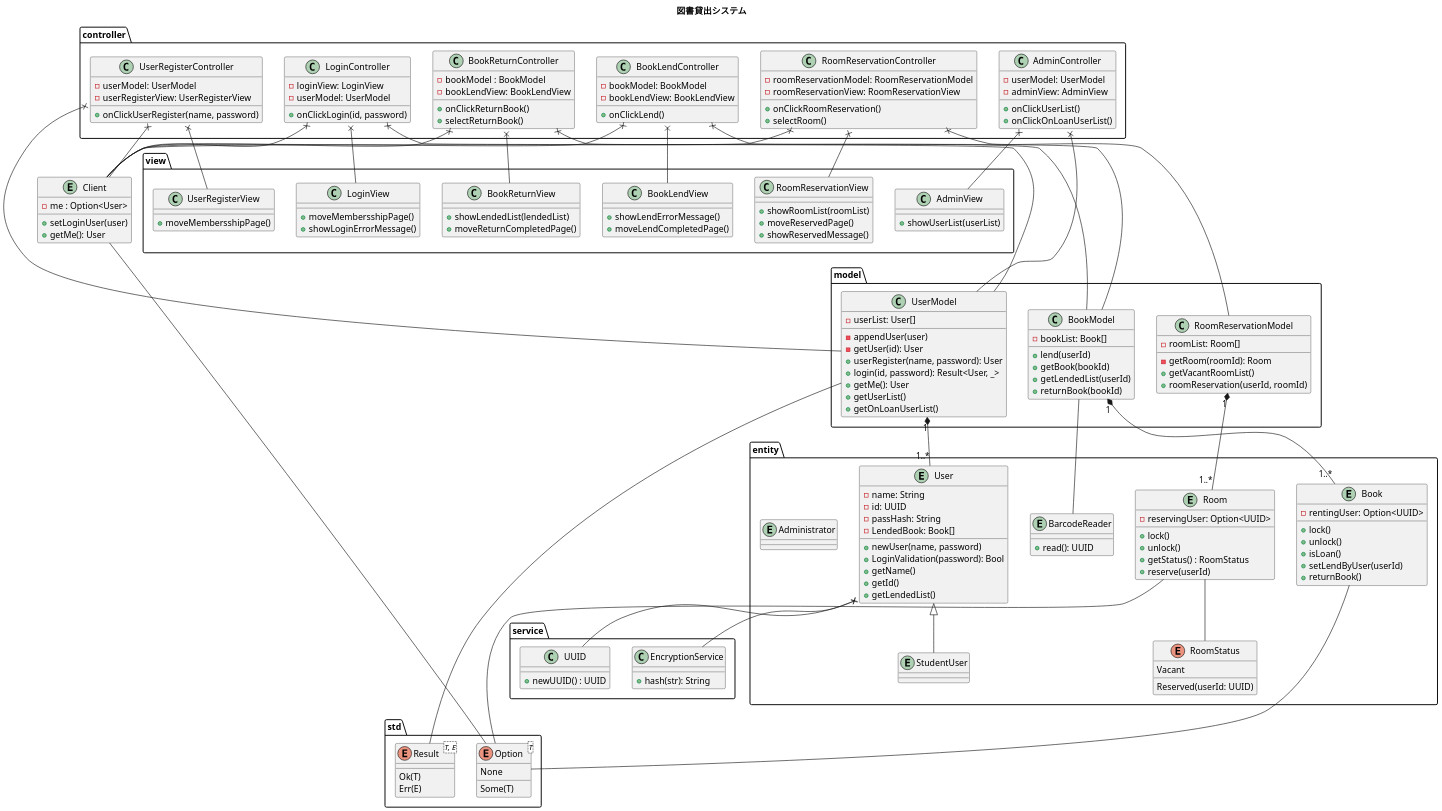
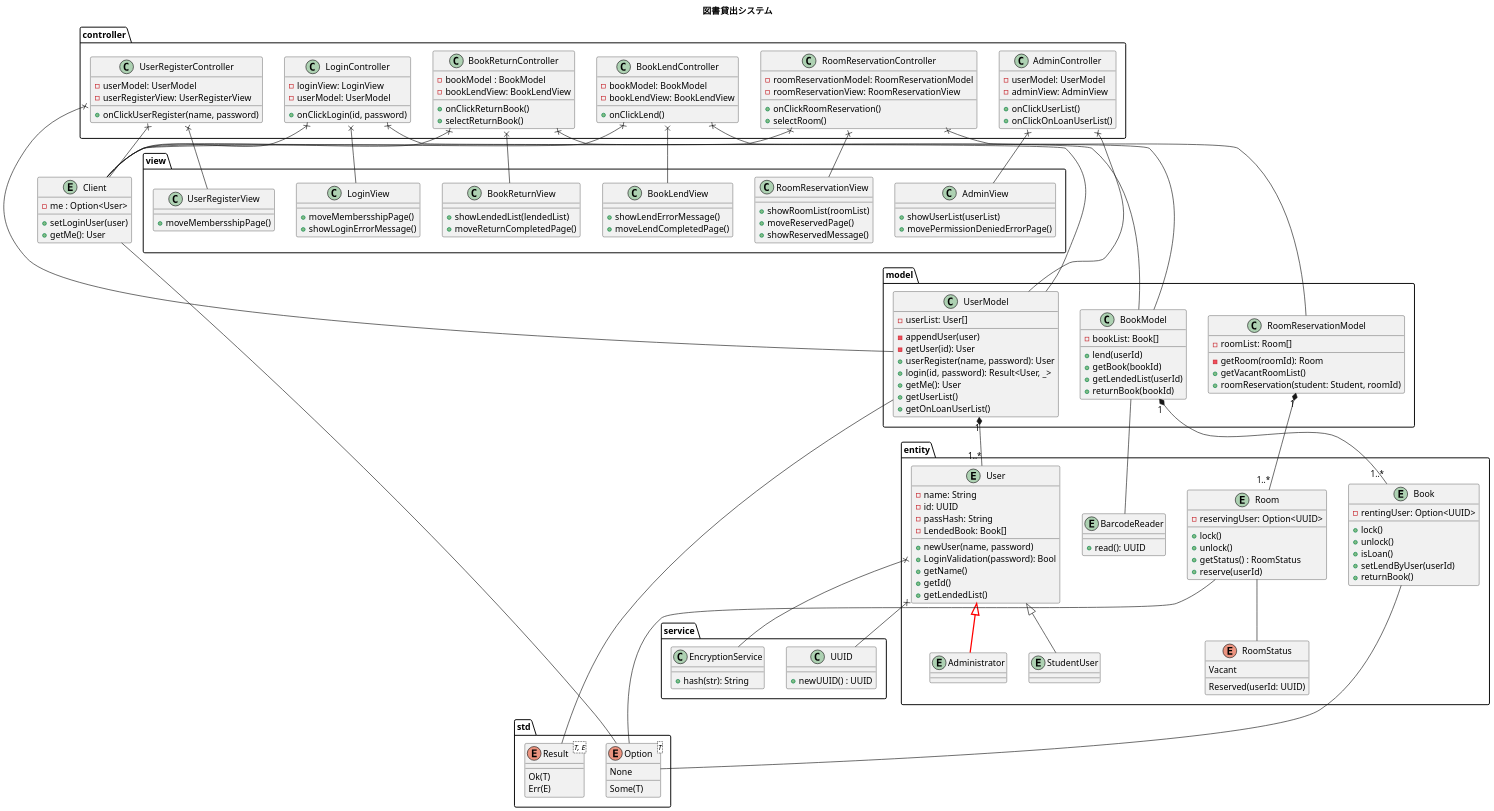
Before and after one commit to Romira915/AdvancedSoftwareEngineering3-Task: the diagram in class.pu, drawn with PlantUML. The commit also changed 2 other files, not shown here.

Commit message:
modifiy: admin is a user

```diff
--- a/class.pu
+++ b/class.pu
@@ -70,7 +70,7 @@
         -roomList: Room[]
         -getRoom(roomId): Room
         +getVacantRoomList()
-        +roomReservation(userId, roomId)
+        +roomReservation(student: Student, roomId)
     }
 }
 
@@ -102,6 +102,7 @@
 
     class AdminView {
         +showUserList(userList)
+        +movePermissionDeniedErrorPage()
     }
 }
 
@@ -148,6 +149,7 @@
     User <|-- StudentUser
 
     entity Administrator
+    User <|-- Administrator #line:red;line.bold;text:red
 }
 
 package service {
```
